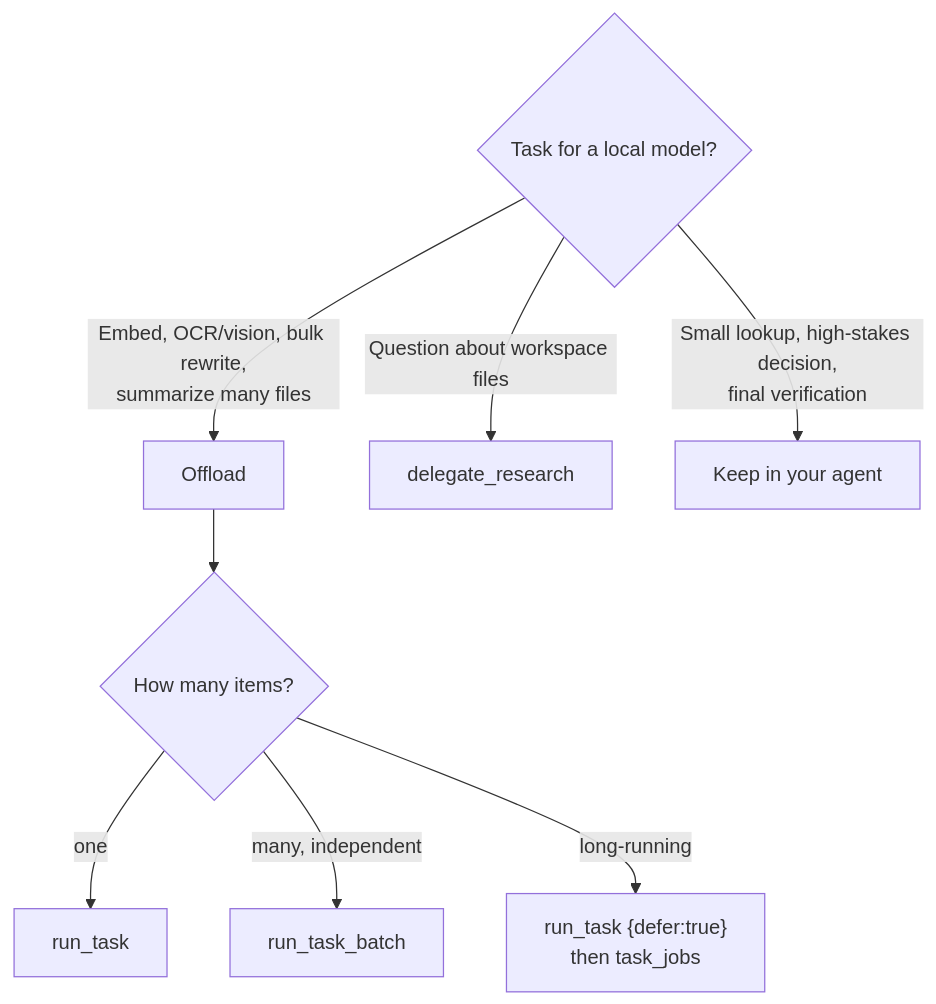
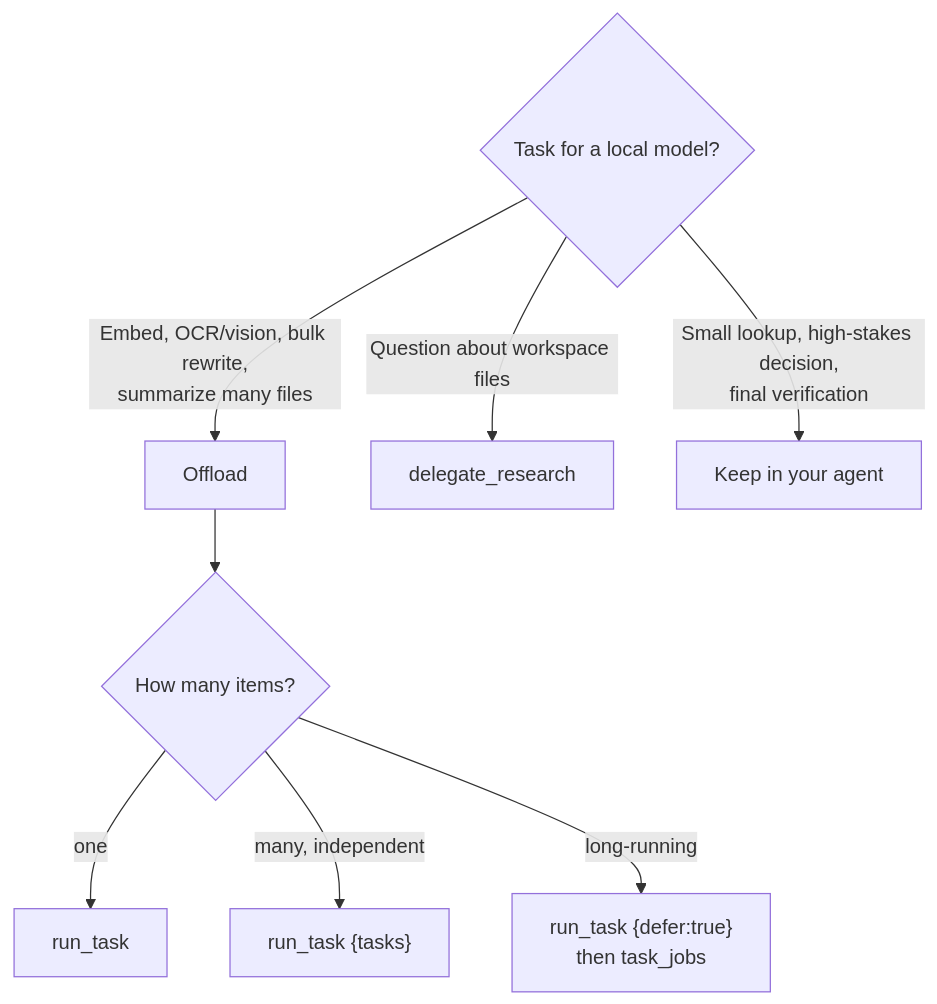
The second of 6 diagrams in README.md (bgauryy/FreeLlama), drawn with Mermaid before and after one commit. The commit also changed other lines of this file and 454 other files, not shown here.

First line of the commit message:
Update flow (#11)

````diff
--- a/README.md
+++ b/README.md
@@ -112,11 +106,11 @@
 ```mermaid
 flowchart TD
     T{"Task for a local model?"}
     T -->|"Embed, OCR/vision, bulk rewrite,<br/>summarize many files"| Fit["Offload"]
     T -->|"Question about workspace files"| R["delegate_research"]
     T -->|"Small lookup, high-stakes decision,<br/>final verification"| Keep["Keep in your agent"]
     Fit --> N{"How many items?"}
     N -->|"one"| RT["run_task"]
-    N -->|"many, independent"| B["run_task_batch"]
+    N -->|"many, independent"| B["run_task {tasks}"]
     N -->|"long-running"| D["run_task {defer:true}<br/>then task_jobs"]
 ```
````
